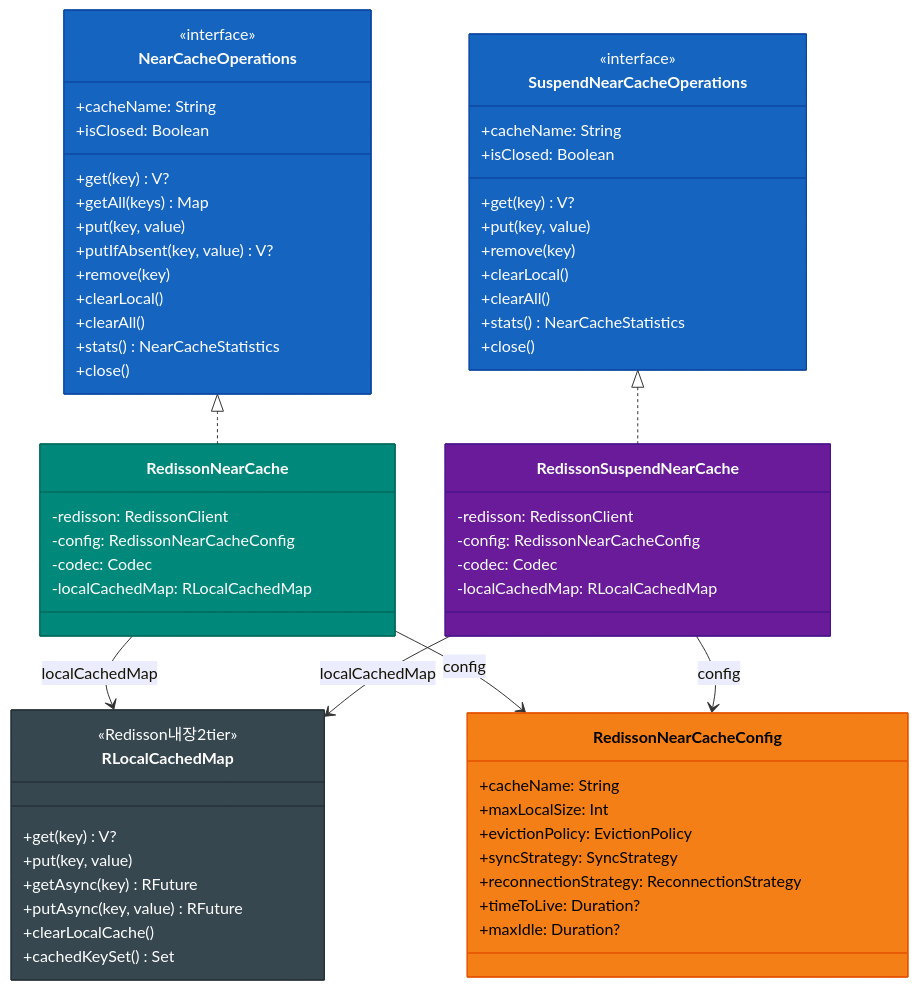
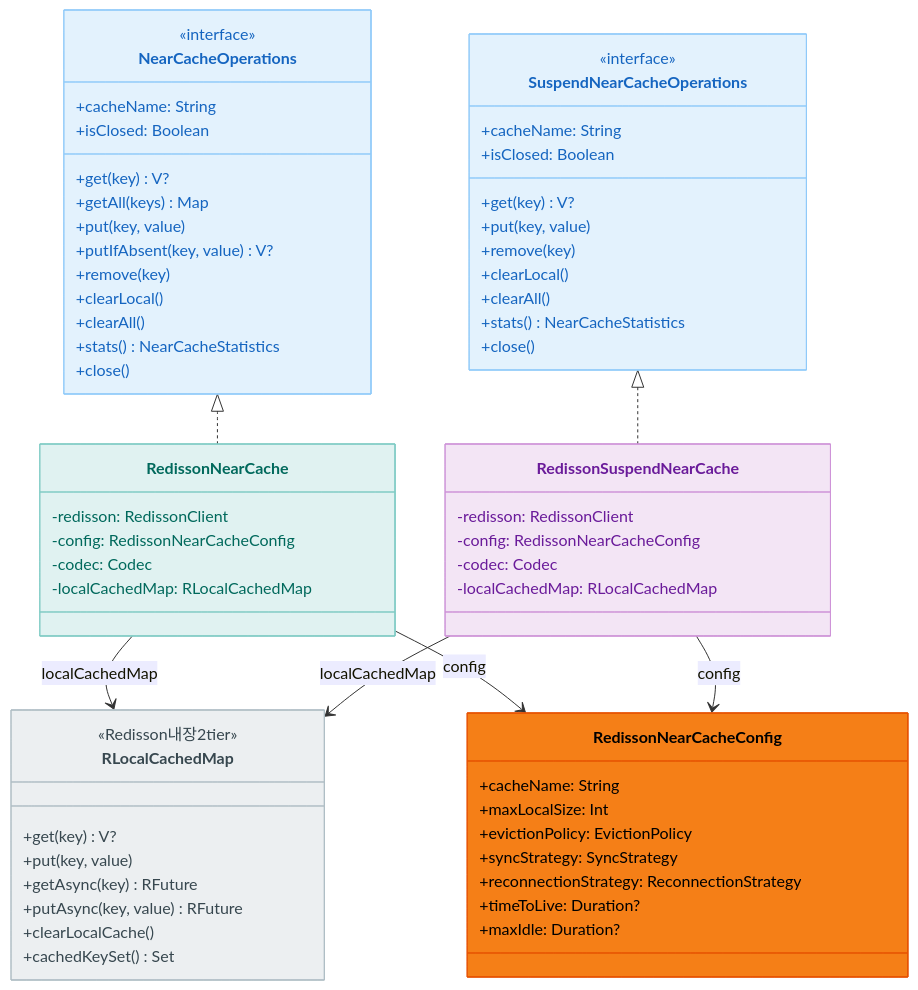
The first of 3 diagrams in infra/cache-redisson/README.ko.md (bluetape4k/bluetape4k-projects), drawn with Mermaid before and after one commit. The commit also changed other lines of this file and 219 other files, not shown here.

First line of the commit message:
docs: 전체 README Mermaid 다이어그램 가이드 적용

````diff
--- a/infra/cache-redisson/README.ko.md
+++ b/infra/cache-redisson/README.ko.md
@@ -68,79 +68,79 @@
 ```mermaid
 classDiagram
     class NearCacheOperations {
         <<interface>>
         +cacheName: String
         +isClosed: Boolean
         +get(key) V?
         +getAll(keys) Map
         +put(key, value)
         +putIfAbsent(key, value) V?
         +remove(key)
         +clearLocal()
         +clearAll()
         +stats() NearCacheStatistics
         +close()
     }
 
     class SuspendNearCacheOperations {
         <<interface>>
         +cacheName: String
         +isClosed: Boolean
         +get(key) V?
         +put(key, value)
         +remove(key)
         +clearLocal()
         +clearAll()
         +stats() NearCacheStatistics
         +close()
     }
 
     class RedissonNearCache {
         -redisson: RedissonClient
         -config: RedissonNearCacheConfig
         -codec: Codec
         -localCachedMap: RLocalCachedMap
     }
 
     class RedissonSuspendNearCache {
         -redisson: RedissonClient
         -config: RedissonNearCacheConfig
         -codec: Codec
         -localCachedMap: RLocalCachedMap
     }
 
     class RedissonNearCacheConfig {
         +cacheName: String
         +maxLocalSize: Int
         +evictionPolicy: EvictionPolicy
         +syncStrategy: SyncStrategy
         +reconnectionStrategy: ReconnectionStrategy
         +timeToLive: Duration?
         +maxIdle: Duration?
     }
 
     class RLocalCachedMap {
         <<Redisson내장2tier>>
         +get(key) V?
         +put(key, value)
         +getAsync(key) RFuture
         +putAsync(key, value) RFuture
         +clearLocalCache()
         +cachedKeySet() Set
     }
 
     NearCacheOperations <|.. RedissonNearCache
     SuspendNearCacheOperations <|.. RedissonSuspendNearCache
     RedissonNearCache --> RLocalCachedMap: localCachedMap
     RedissonNearCache --> RedissonNearCacheConfig: config
     RedissonSuspendNearCache --> RLocalCachedMap: localCachedMap
     RedissonSuspendNearCache --> RedissonNearCacheConfig: config
 
-    style NearCacheOperations fill:#1565C0,stroke:#0D47A1,color:#FFFFFF
-    style SuspendNearCacheOperations fill:#1565C0,stroke:#0D47A1,color:#FFFFFF
-    style RedissonNearCache fill:#00897B,stroke:#00695C,color:#FFFFFF
-    style RedissonSuspendNearCache fill:#6A1B9A,stroke:#4A148C,color:#FFFFFF
+    style NearCacheOperations fill:#E3F2FD,stroke:#90CAF9,color:#1565C0
+    style SuspendNearCacheOperations fill:#E3F2FD,stroke:#90CAF9,color:#1565C0
+    style RedissonNearCache fill:#E0F2F1,stroke:#80CBC4,color:#00695C
+    style RedissonSuspendNearCache fill:#F3E5F5,stroke:#CE93D8,color:#6A1B9A
     style RedissonNearCacheConfig fill:#F57F17,stroke:#E65100,color:#000000
-    style RLocalCachedMap fill:#37474F,stroke:#263238,color:#FFFFFF
+    style RLocalCachedMap fill:#ECEFF1,stroke:#B0BEC5,color:#37474F
 
 ```
````
